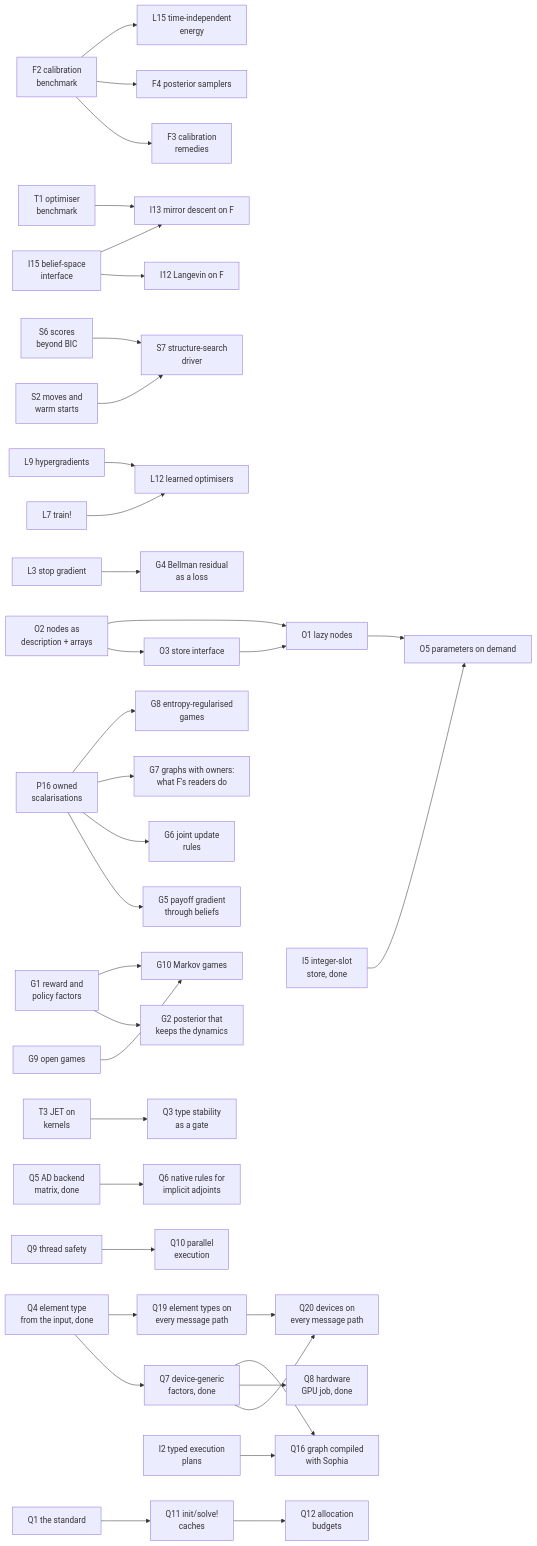
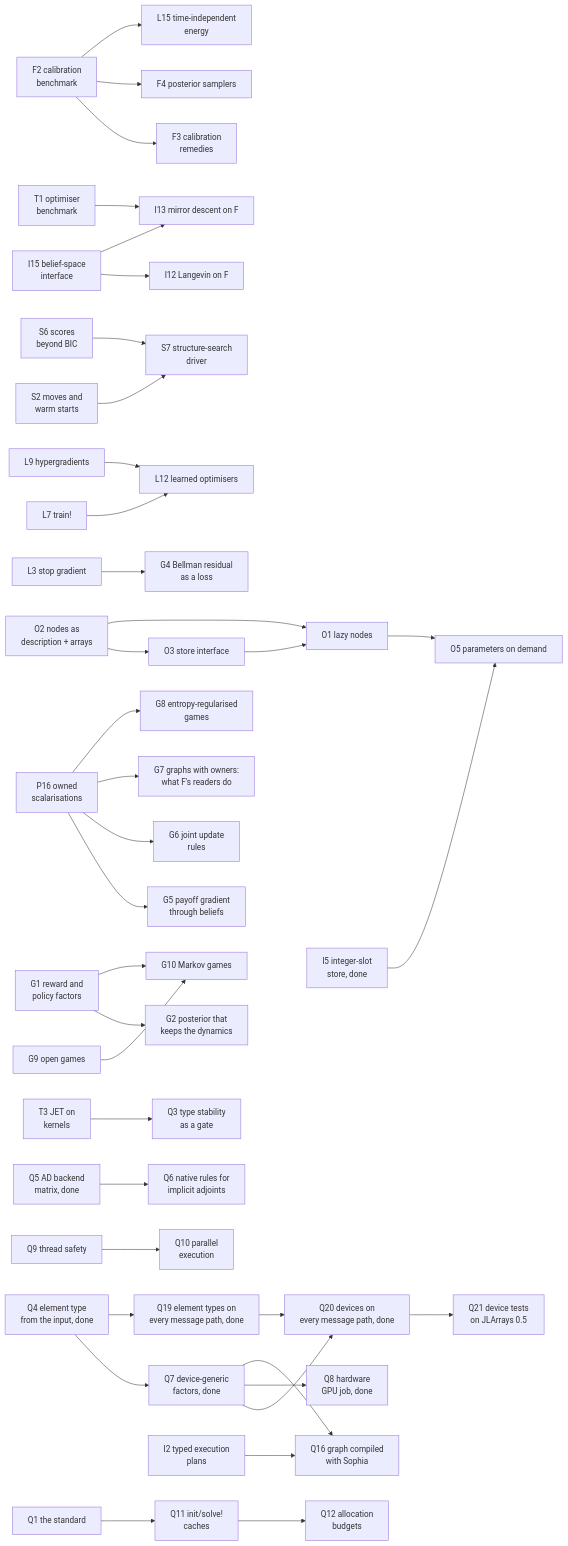
Before and after one commit to MathStruct/Lenticulum.jl: the diagram in vault/Project/Feature Backlog/Feature Backlog.md, drawn with Mermaid. The commit also changed 53 other files, not shown here.

````diff
--- a/vault/Project/Feature Backlog/Feature Backlog.md
+++ b/vault/Project/Feature Backlog/Feature Backlog.md
@@ -48,38 +48,39 @@
 ```mermaid
 graph LR
   F2[F2 calibration<br/>benchmark] --> F3[F3 calibration<br/>remedies]
   F2 --> F4[F4 posterior samplers]
   F2 --> L15[L15 time-independent<br/>energy]
   I15[I15 belief-space<br/>interface] --> I12[I12 Langevin on F]
   I15 --> I13[I13 mirror descent on F]
   T1[T1 optimiser<br/>benchmark] --> I13
   O2[O2 nodes as<br/>description + arrays] --> O3[O3 store interface]
   O2 --> O1[O1 lazy nodes]
   O3 --> O1
   O1 --> O5[O5 parameters on demand]
   I5[I5 integer-slot<br/>store, done] --> O5
   S2[S2 moves and<br/>warm starts] --> S7[S7 structure-search<br/>driver]
   S6[S6 scores<br/>beyond BIC] --> S7
   L7[L7 train!] --> L12[L12 learned optimisers]
   L9[L9 hypergradients] --> L12
   G1[G1 reward and<br/>policy factors] --> G2[G2 posterior that<br/>keeps the dynamics]
   L3[L3 stop gradient] --> G4[G4 Bellman residual<br/>as a loss]
   P16[P16 owned<br/>scalarisations] --> G5[G5 payoff gradient<br/>through beliefs]
   P16 --> G6[G6 joint update<br/>rules]
   P16 --> G7[G7 graphs with owners:<br/>what F's readers do]
   P16 --> G8[G8 entropy-regularised<br/>games]
   G1 --> G10[G10 Markov games]
   G9[G9 open games] --> G10
   T3[T3 JET on<br/>kernels] --> Q3[Q3 type stability<br/>as a gate]
   Q5[Q5 AD backend<br/>matrix, done] --> Q6[Q6 native rules for<br/>implicit adjoints]
   Q4[Q4 element type<br/>from the input, done] --> Q7[Q7 device-generic<br/>factors, done]
-  Q4 --> Q19[Q19 element types on<br/>every message path]
-  Q7 --> Q20[Q20 devices on<br/>every message path]
+  Q4 --> Q19[Q19 element types on<br/>every message path, done]
+  Q7 --> Q20[Q20 devices on<br/>every message path, done]
   Q19 --> Q20
+  Q20 --> Q21[Q21 device tests<br/>on JLArrays 0.5]
   Q7 --> Q8[Q8 hardware<br/>GPU job, done]
   Q9[Q9 thread safety] --> Q10[Q10 parallel<br/>execution]
   Q1[Q1 the standard] --> Q11[Q11 init/solve!<br/>caches]
   Q11 --> Q12[Q12 allocation<br/>budgets]
   I2[I2 typed execution<br/>plans] --> Q16[Q16 graph compiled<br/>with Sophia]
   Q7 --> Q16
 ```
````
